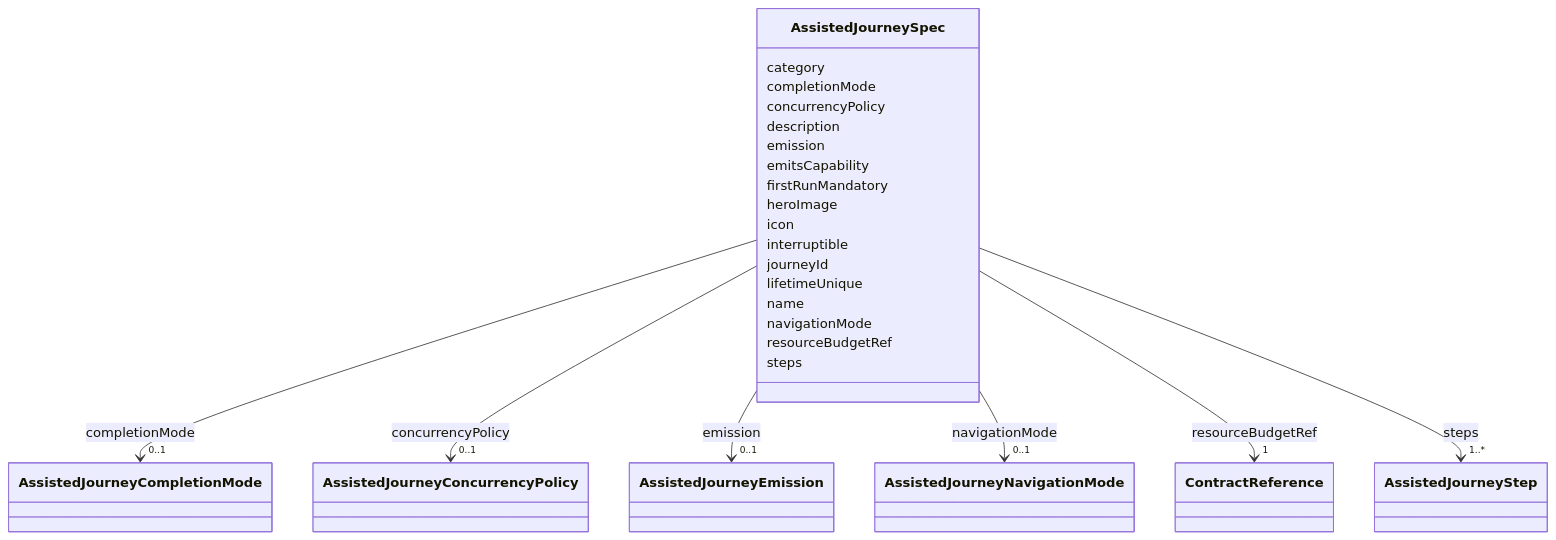
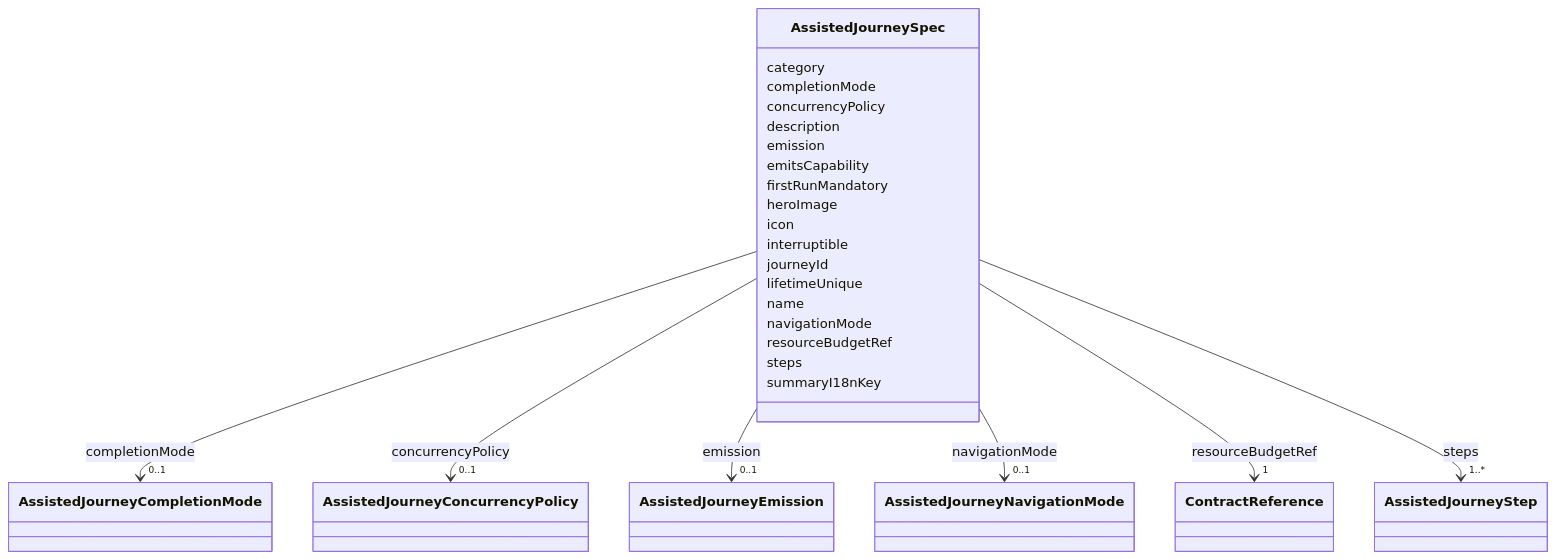
One commit to open4good/jumo-core changed the diagram in metamodel/generated/docs/AssistedJourneySpec.md. Above: the diagram before and after it, drawn with Mermaid. The commit also changed other lines of this file and 23 other files, not shown here.

First line of the commit message:
feat(metamodel,corpus): declare AssistedJourneySpec.summaryI18nKey and its value per journey (AC1)

````diff
--- a/metamodel/generated/docs/AssistedJourneySpec.md
+++ b/metamodel/generated/docs/AssistedJourneySpec.md
@@ -105,5 +105,7 @@
 
 
 
+      AssistedJourneySpec : summaryI18nKey
+
 
 ```
````
